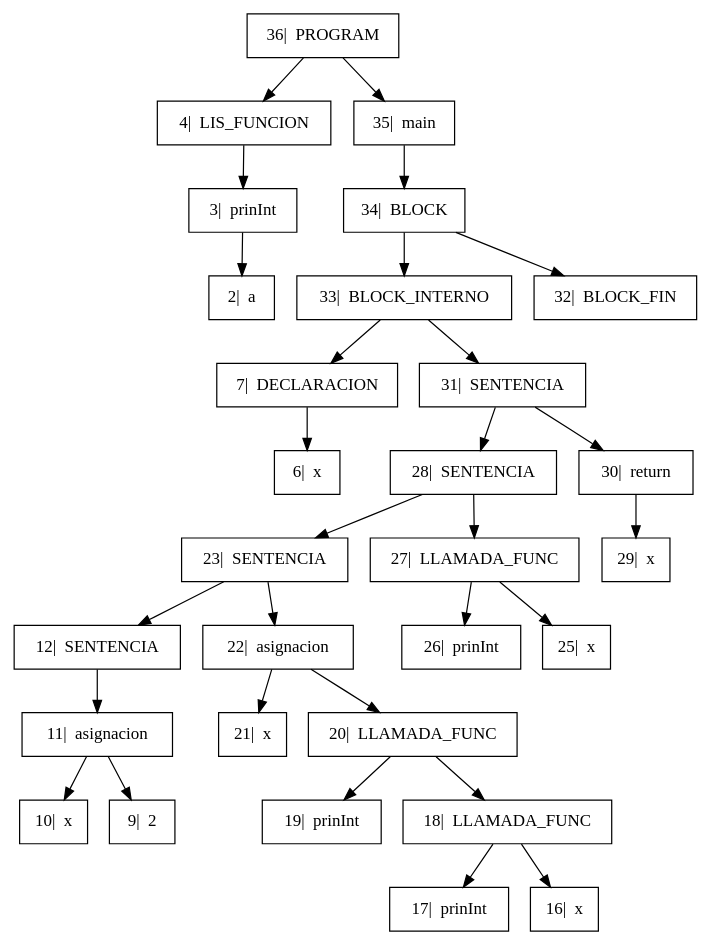
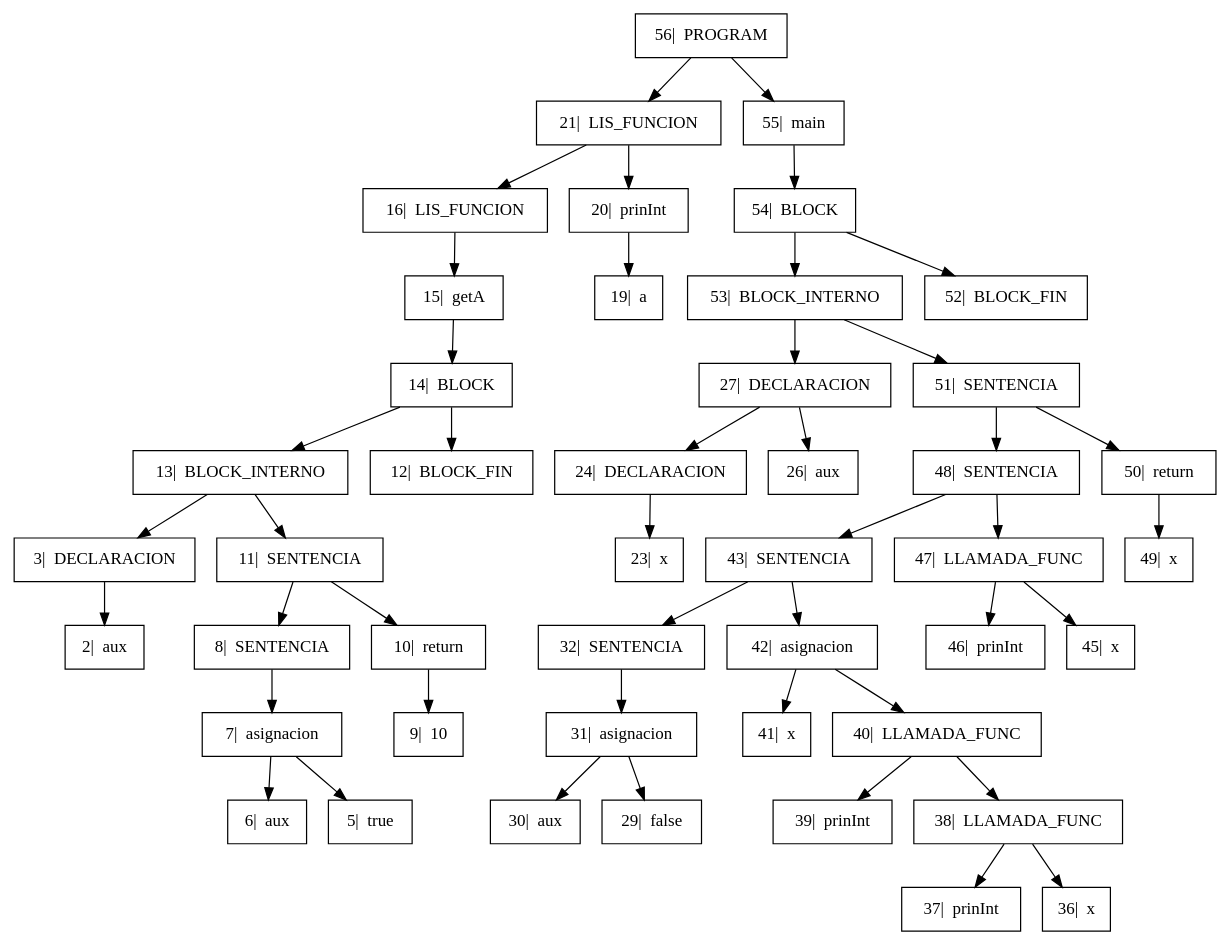
Before and after one commit to GiovA07/PRE-PROYECTO-COMPILADORES: the diagram in Proyecto/output/Arbol.dot, drawn with Graphviz. The commit also changed 8 other files, not shown here.

```diff
--- a/Proyecto/output/Arbol.dot
+++ b/Proyecto/output/Arbol.dot
@@ -1,23 +1,33 @@
 digraph{
 
 rankdir=TB;
 
 node[shape=box];
-"36|  PROGRAM" -> "4|  LIS_FUNCION", "35|  main";
-"4|  LIS_FUNCION" -> "3|  prinInt" ;
-"3|  prinInt" -> "2|  a" ;
-"35|  main" -> "34|  BLOCK" ;
-"34|  BLOCK" -> "33|  BLOCK_INTERNO", "32|  BLOCK_FIN";
-"33|  BLOCK_INTERNO" -> "7|  DECLARACION", "31|  SENTENCIA";
-"7|  DECLARACION" -> "6|  x" ;
-"31|  SENTENCIA" -> "28|  SENTENCIA", "30|  return";
-"28|  SENTENCIA" -> "23|  SENTENCIA", "27|  LLAMADA_FUNC";
-"23|  SENTENCIA" -> "12|  SENTENCIA", "22|  asignacion";
-"12|  SENTENCIA" -> "11|  asignacion" ;
-"11|  asignacion" -> "10|  x", "9|  2";
-"22|  asignacion" -> "21|  x", "20|  LLAMADA_FUNC";
-"20|  LLAMADA_FUNC" -> "19|  prinInt", "18|  LLAMADA_FUNC";
-"18|  LLAMADA_FUNC" -> "17|  prinInt", "16|  x";
-"27|  LLAMADA_FUNC" -> "26|  prinInt", "25|  x";
-"30|  return" -> "29|  x" ;
+"56|  PROGRAM" -> "21|  LIS_FUNCION", "55|  main";
+"21|  LIS_FUNCION" -> "16|  LIS_FUNCION", "20|  prinInt";
+"16|  LIS_FUNCION" -> "15|  getA" ;
+"15|  getA" -> "14|  BLOCK" ;
+"14|  BLOCK" -> "13|  BLOCK_INTERNO", "12|  BLOCK_FIN";
+"13|  BLOCK_INTERNO" -> "3|  DECLARACION", "11|  SENTENCIA";
+"3|  DECLARACION" -> "2|  aux" ;
+"11|  SENTENCIA" -> "8|  SENTENCIA", "10|  return";
+"8|  SENTENCIA" -> "7|  asignacion" ;
+"7|  asignacion" -> "6|  aux", "5|  true";
+"10|  return" -> "9|  10" ;
+"20|  prinInt" -> "19|  a" ;
+"55|  main" -> "54|  BLOCK" ;
+"54|  BLOCK" -> "53|  BLOCK_INTERNO", "52|  BLOCK_FIN";
+"53|  BLOCK_INTERNO" -> "27|  DECLARACION", "51|  SENTENCIA";
+"27|  DECLARACION" -> "24|  DECLARACION", "26|  aux";
+"24|  DECLARACION" -> "23|  x" ;
+"51|  SENTENCIA" -> "48|  SENTENCIA", "50|  return";
+"48|  SENTENCIA" -> "43|  SENTENCIA", "47|  LLAMADA_FUNC";
+"43|  SENTENCIA" -> "32|  SENTENCIA", "42|  asignacion";
+"32|  SENTENCIA" -> "31|  asignacion" ;
+"31|  asignacion" -> "30|  aux", "29|  false";
+"42|  asignacion" -> "41|  x", "40|  LLAMADA_FUNC";
+"40|  LLAMADA_FUNC" -> "39|  prinInt", "38|  LLAMADA_FUNC";
+"38|  LLAMADA_FUNC" -> "37|  prinInt", "36|  x";
+"47|  LLAMADA_FUNC" -> "46|  prinInt", "45|  x";
+"50|  return" -> "49|  x" ;
 }
```
